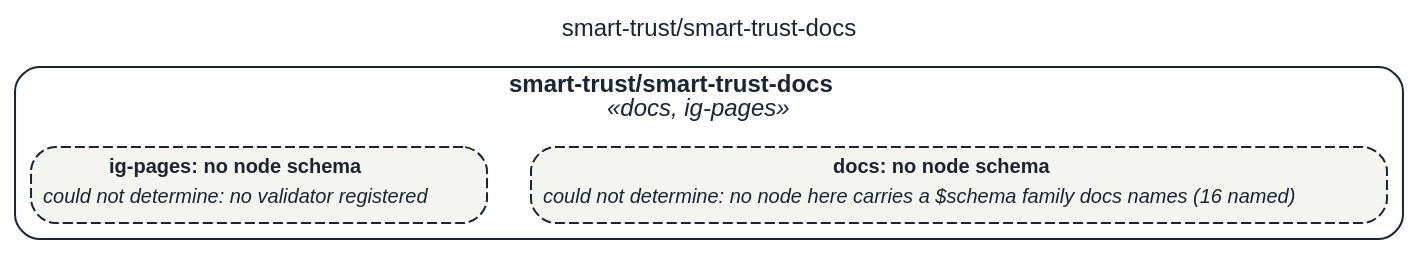
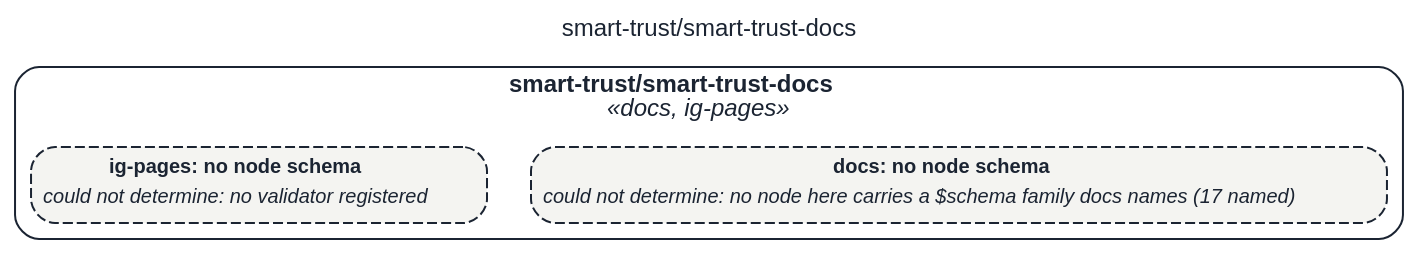
Before and after one commit to litlfred/folio-assistant: the diagram in STAGING/claude-repin-urat-2026-10-20/assets/img/uml/overview/smart-trust/smart-trust-docs.dot, drawn with Graphviz. The commit also changed 3650 other files, not shown here.

```diff
--- a/STAGING/claude-repin-urat-2026-10-20/assets/img/uml/overview/smart-trust/smart-trust-docs.dot
+++ b/STAGING/claude-repin-urat-2026-10-20/assets/img/uml/overview/smart-trust/smart-trust-docs.dot
@@ -1,12 +1,12 @@
 // GENERATED by cat-harness-tools/scripts/gen-uml-overview.ts — do not edit.
 // Rendered page (interactive view, same model): https://litlfred.github.io/folio-assistant/uml/overview/smart-trust/smart-trust-docs.html
 digraph "smart_trust_smart_trust_docs" {
   graph [label="smart-trust/smart-trust-docs", labelloc=t, fontname="Helvetica", fontsize=12, fontcolor="#1b2432", newrank=true, ratio=auto, nodesep=0.3, ranksep=0.5, bgcolor="transparent"];
   node [shape=box, style="rounded,filled", margin=0.05, fontname="Helvetica", fontsize=10, color="#1b2432", fontcolor="#1b2432"];
   edge [color="#1b2432", fontcolor="#1b2432", fontname="Helvetica", fontsize=9];
   subgraph "cluster_pkg_smart_trust_smart_trust_docs" {
     label=<<b>smart-trust/smart-trust-docs</b><br/><i>«docs, ig-pages»</i>>; style="rounded"; color="#1b2432"; class="fa_uml_subgraph";
-    "n_smart_trust_smart_trust_docs_docs" [style="rounded,filled,dashed", fillcolor="#f4f4f1", class="fa_uml_kind_docs fa_uml_undetermined", label=<<table border="0" cellborder="0" cellspacing="0" cellpadding="2"><tr><td><b>docs: no node schema</b></td></tr><tr><td align="left"><i>could not determine: no node here carries a $schema family docs names (16 named)</i></td></tr></table>>];
+    "n_smart_trust_smart_trust_docs_docs" [style="rounded,filled,dashed", fillcolor="#f4f4f1", class="fa_uml_kind_docs fa_uml_undetermined", label=<<table border="0" cellborder="0" cellspacing="0" cellpadding="2"><tr><td><b>docs: no node schema</b></td></tr><tr><td align="left"><i>could not determine: no node here carries a $schema family docs names (17 named)</i></td></tr></table>>];
     "n_smart_trust_smart_trust_docs_ig_pages" [style="rounded,filled,dashed", fillcolor="#f4f4f1", class="fa_uml_kind_ig_pages fa_uml_undetermined", label=<<table border="0" cellborder="0" cellspacing="0" cellpadding="2"><tr><td><b>ig-pages: no node schema</b></td></tr><tr><td align="left"><i>could not determine: no validator registered</i></td></tr></table>>];
   }
 }
```
